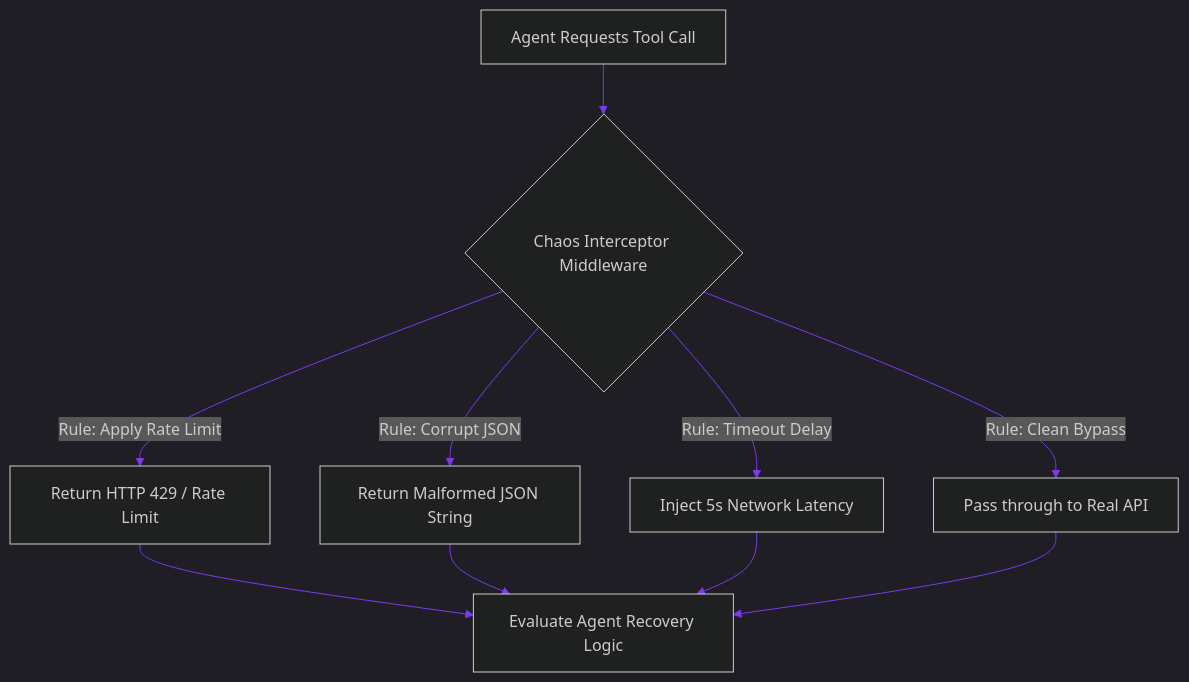
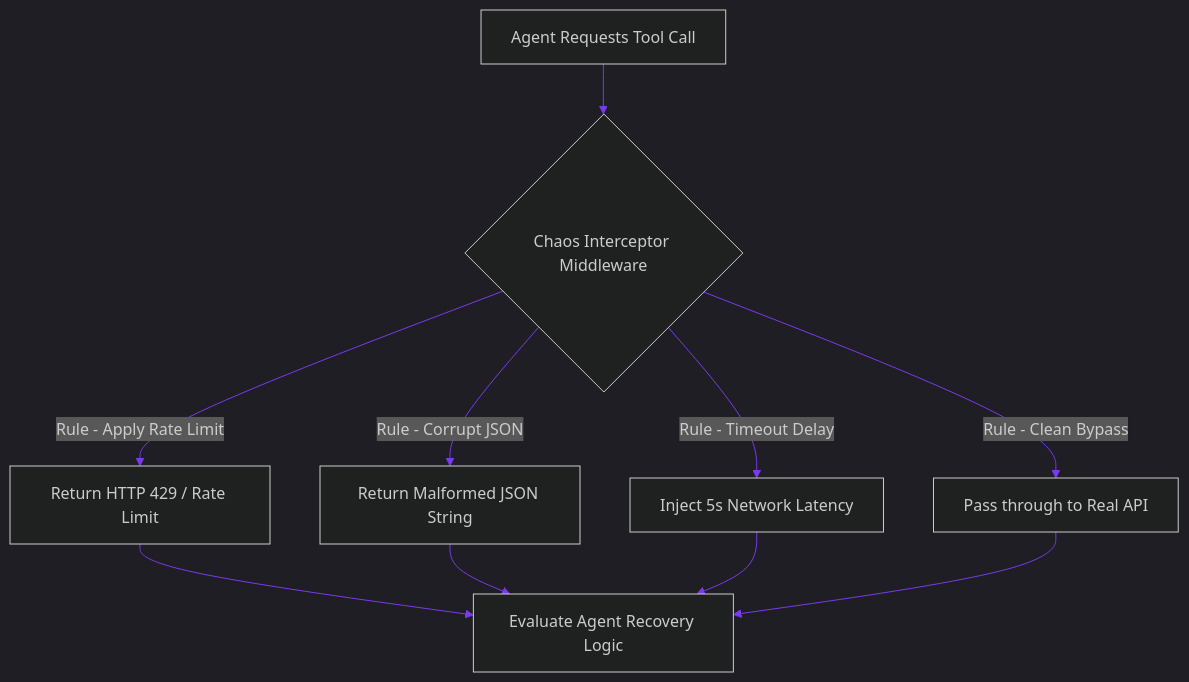
One commit to akmalkhaniub/akmalkhaniub.github.io changed the diagram in blog/posts/system-design-chaos-engineering-agent-failures.md. Above: the diagram before and after it, drawn with Mermaid. The commit also changed 411 other files, not shown here.

````diff
--- a/blog/posts/system-design-chaos-engineering-agent-failures.md
+++ b/blog/posts/system-design-chaos-engineering-agent-failures.md
@@ -20,15 +20,15 @@
 ```mermaid
 %%{init: {'theme': 'dark', 'themeVariables': { 'primaryColor': '#7c3aed', 'primaryTextColor': '#f3f4f6', 'primaryBorderColor': '#a78bfa', 'lineColor': '#7c3aed', 'secondaryColor': '#111827', 'tertiaryColor': '#0b0f19'}}}%%
 flowchart TD
     Agent[Agent Requests Tool Call] --> Interceptor{Chaos Interceptor Middleware}
     
-    Interceptor -->|Rule: Apply Rate Limit| Mock429[Return HTTP 429 / Rate Limit]
-    Interceptor -->|Rule: Corrupt JSON| MockCorrupt[Return Malformed JSON String]
-    Interceptor -->|Rule: Timeout Delay| Delay[Inject 5s Network Latency]
-    Interceptor -->|Rule: Clean Bypass| API[Pass through to Real API]
+    Interceptor -->|Rule - Apply Rate Limit| Mock429[Return HTTP 429 / Rate Limit]
+    Interceptor -->|Rule - Corrupt JSON| MockCorrupt[Return Malformed JSON String]
+    Interceptor -->|Rule - Timeout Delay| Delay[Inject 5s Network Latency]
+    Interceptor -->|Rule - Clean Bypass| API[Pass through to Real API]
     
     Mock429 --> Eval[Evaluate Agent Recovery Logic]
     MockCorrupt --> Eval
     Delay --> Eval
     API --> Eval
 ```
````
